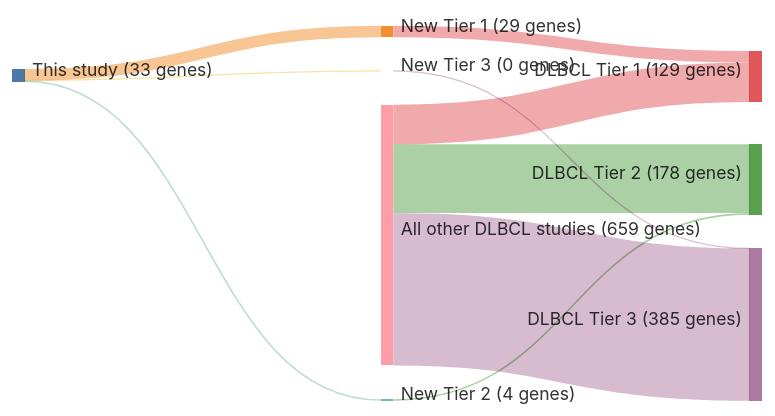
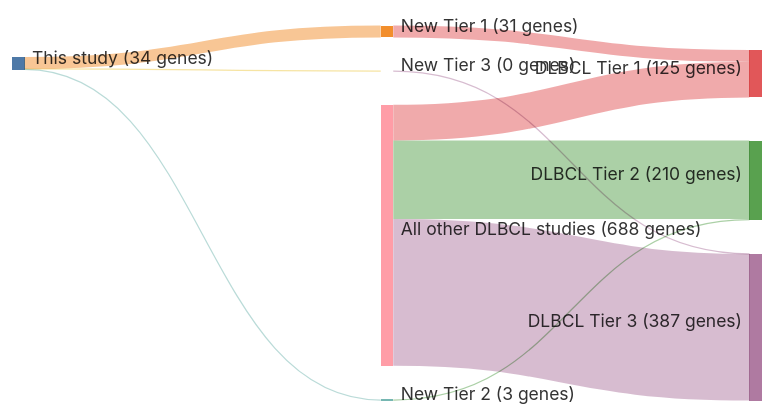
One commit to morinlab/lymphopedia changed the diagram in papers/morinFrequentMutationHistonemodifying2011.md. Above: the diagram before and after it, drawn with Mermaid. The commit also changed other lines of this file and 81 other files, not shown here.

````diff
--- a/papers/morinFrequentMutationHistonemodifying2011.md
+++ b/papers/morinFrequentMutationHistonemodifying2011.md
@@ -13,23 +13,23 @@
 ```mermaid
 ---
 config:
     sankey:
         showValues: true
         linkColor: target
         width: 600
         height: 300
         nodeAlignment: right
         prefix: '('
         suffix: ' genes)'
 ---
 sankey-beta
-This study, New Tier 1, 29
-New Tier 1, DLBCL Tier 1, 29
-This study, New Tier 2, 4
-New Tier 2, DLBCL Tier 2, 4
+This study, New Tier 1, 31
+New Tier 1, DLBCL Tier 1, 31
+This study, New Tier 2, 3
+New Tier 2, DLBCL Tier 2, 3
 This study, New Tier 3, 0
 New Tier 3, DLBCL Tier 3, 0
-All other DLBCL studies, DLBCL Tier 1, 100
-All other DLBCL studies, DLBCL Tier 2, 174
-All other DLBCL studies, DLBCL Tier 3, 385
+All other DLBCL studies, DLBCL Tier 1, 94
+All other DLBCL studies, DLBCL Tier 2, 207
+All other DLBCL studies, DLBCL Tier 3, 387
 ```
````
